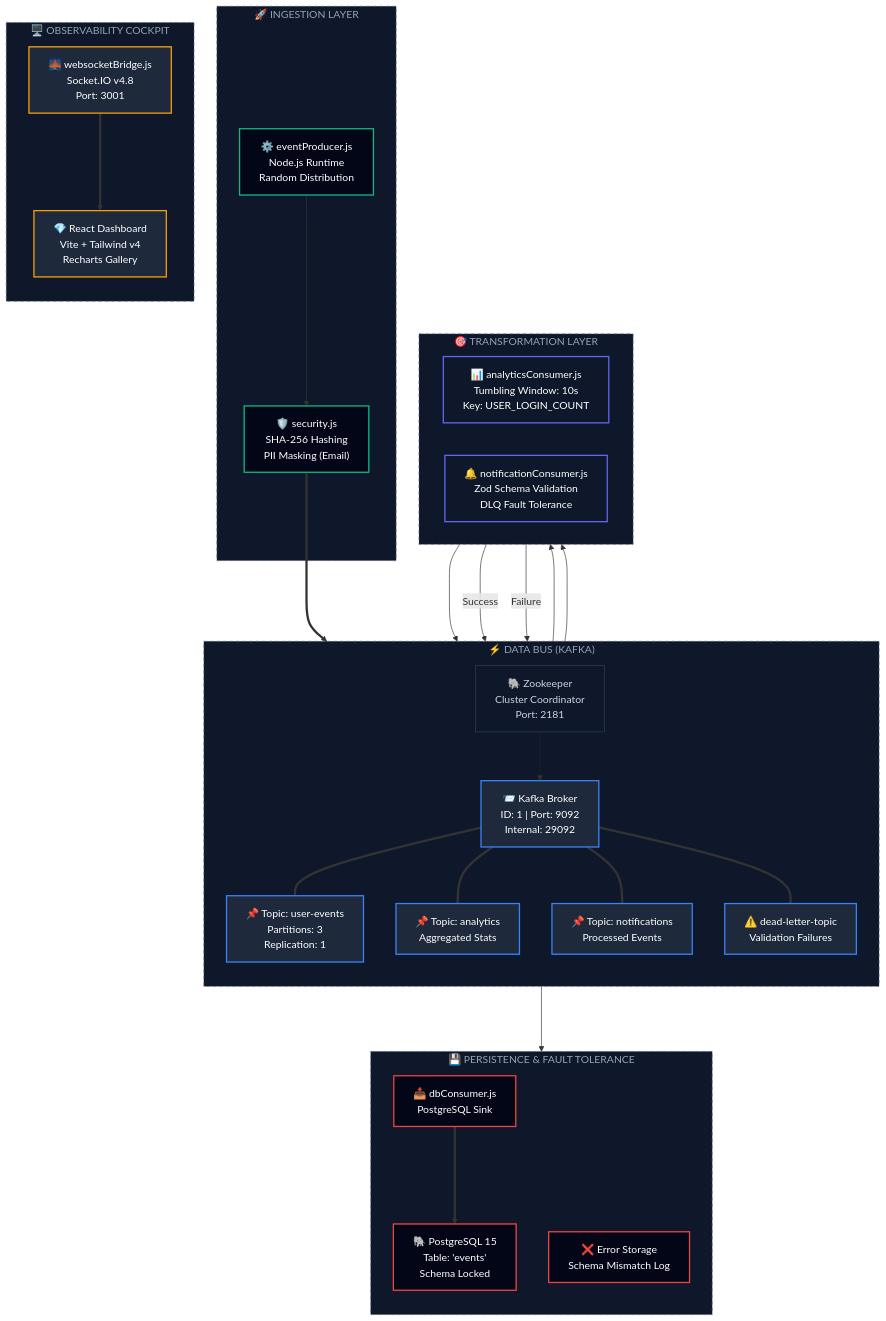
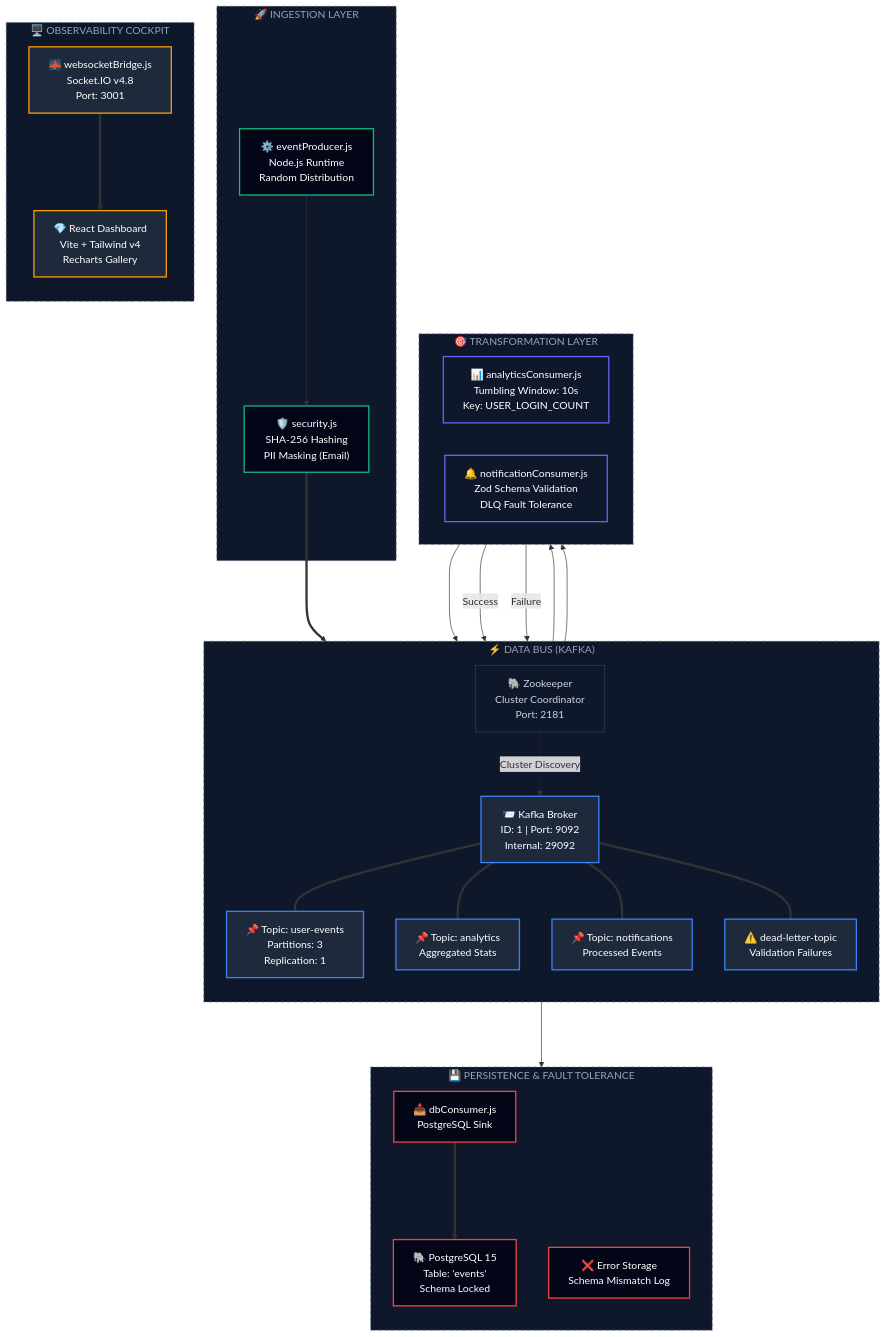
One commit to noumanic/StreamFlow changed the diagram in README.md. Above: the diagram before and after it, drawn with Mermaid. The commit also changed 1 other file, not shown here.

Commit message:
docs: fix mermaid syntax for github rendering

````diff
--- a/README.md
+++ b/README.md
@@ -9,69 +9,69 @@
 ```mermaid
 flowchart TB
     %% --- Theme & Styling ---
     classDef default fill:#0f172a,stroke:#334155,stroke-width:1px,color:#cbd5e1;
     classDef producer fill:#020617,stroke:#10b981,stroke-width:2px,color:#fff;
     classDef kafka fill:#1e293b,stroke:#3b82f6,stroke-width:2px,color:#fff;
     classDef processing fill:#0f172a,stroke:#6366f1,stroke-width:2px,color:#fff;
     classDef storage fill:#020617,stroke:#ef4444,stroke-width:2px,color:#fff;
     classDef frontend fill:#1e293b,stroke:#f59e0b,stroke-width:2px,color:#fff;
     classDef network fill:#0f172a,stroke:#64748b,stroke-dasharray: 5 5,color:#94a3b8;
 
     subgraph INGEST ["🚀 INGESTION LAYER"]
         P1["⚙️ eventProducer.js\nNode.js Runtime\nRandom Distribution"]
         P1 --> P2["🛡️ security.js\nSHA-256 Hashing\nPII Masking (Email)"]
     end
 
     subgraph BROKER ["⚡ DATA BUS (KAFKA)"]
         direction TB
         ZK["🐘 Zookeeper\nCluster Coordinator\nPort: 2181"]
         K1["📨 Kafka Broker\nID: 1 | Port: 9092\nInternal: 29092"]
         
         T1["📌 Topic: user-events\nPartitions: 3\nReplication: 1"]
         T2["📌 Topic: analytics\nAggregated Stats"]
         T3["📌 Topic: notifications\nProcessed Events"]
         T4["⚠️ dead-letter-topic\nValidation Failures"]
 
-        ZK -.-> K1
+        ZK -.->|Cluster Discovery| K1
         K1 === T1
         K1 === T2
         K1 === T3
         K1 === T4
     end
 
     subgraph PROCESS ["🎯 TRANSFORMATION LAYER"]
         direction LR
         C1["📊 analyticsConsumer.js\nTumbling Window: 10s\nKey: USER_LOGIN_COUNT"]
         C2["🔔 notificationConsumer.js\nZod Schema Validation\nDLQ Fault Tolerance"]
     end
 
     subgraph SINK ["💾 PERSISTENCE & FAULT TOLERANCE"]
         direction TB
         DB_S["📥 dbConsumer.js\nPostgreSQL Sink"]
         PG["🐘 PostgreSQL 15\nTable: 'events'\nSchema Locked"]
         DLQ_S["❌ Error Storage\nSchema Mismatch Log"]
     end
 
     subgraph SERVE ["🖥️ OBSERVABILITY COCKPIT"]
         direction TB
         WS["🌉 websocketBridge.js\nSocket.IO v4.8\nPort: 3001"]
         DASH["💎 React Dashboard\nVite + Tailwind v4\nRecharts Gallery"]
     end
 
     P2 ===> T1
     T1 ---> C1
     C1 ---> T2
     T1 ---> C2
     C2 --"Success"--> T3
     C2 --"Failure"--> T4
     T1 ---> DB_S
     DB_S ===> PG
     WS ===> DASH
 
     class P1,P2 producer;
     class K1,T1,T2,T3,T4 kafka;
     class C1,C2 processing;
     class DB_S,PG,DLQ_S storage;
     class WS,DASH frontend;
     class INGEST,BROKER,PROCESS,SINK,SERVE network;
 ```
````
